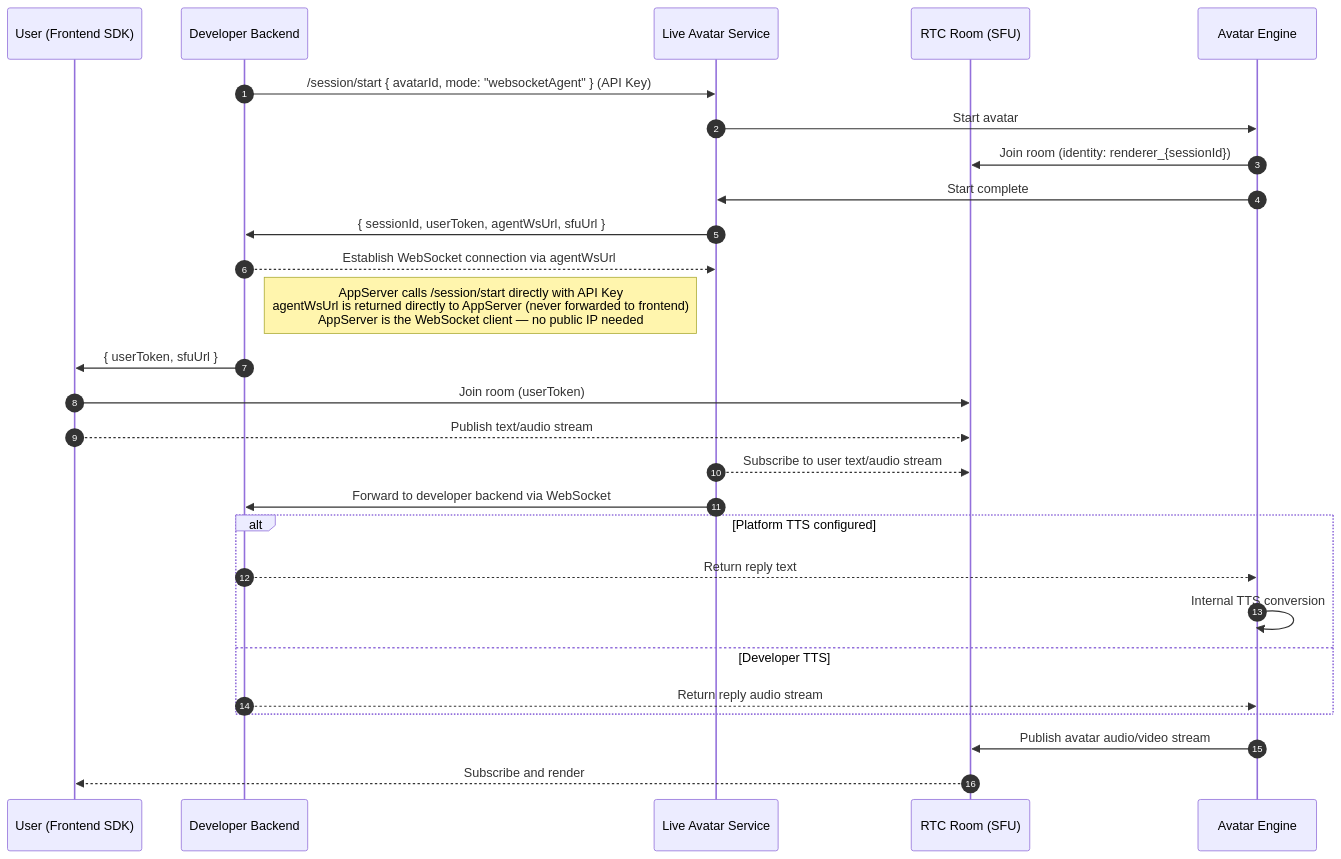
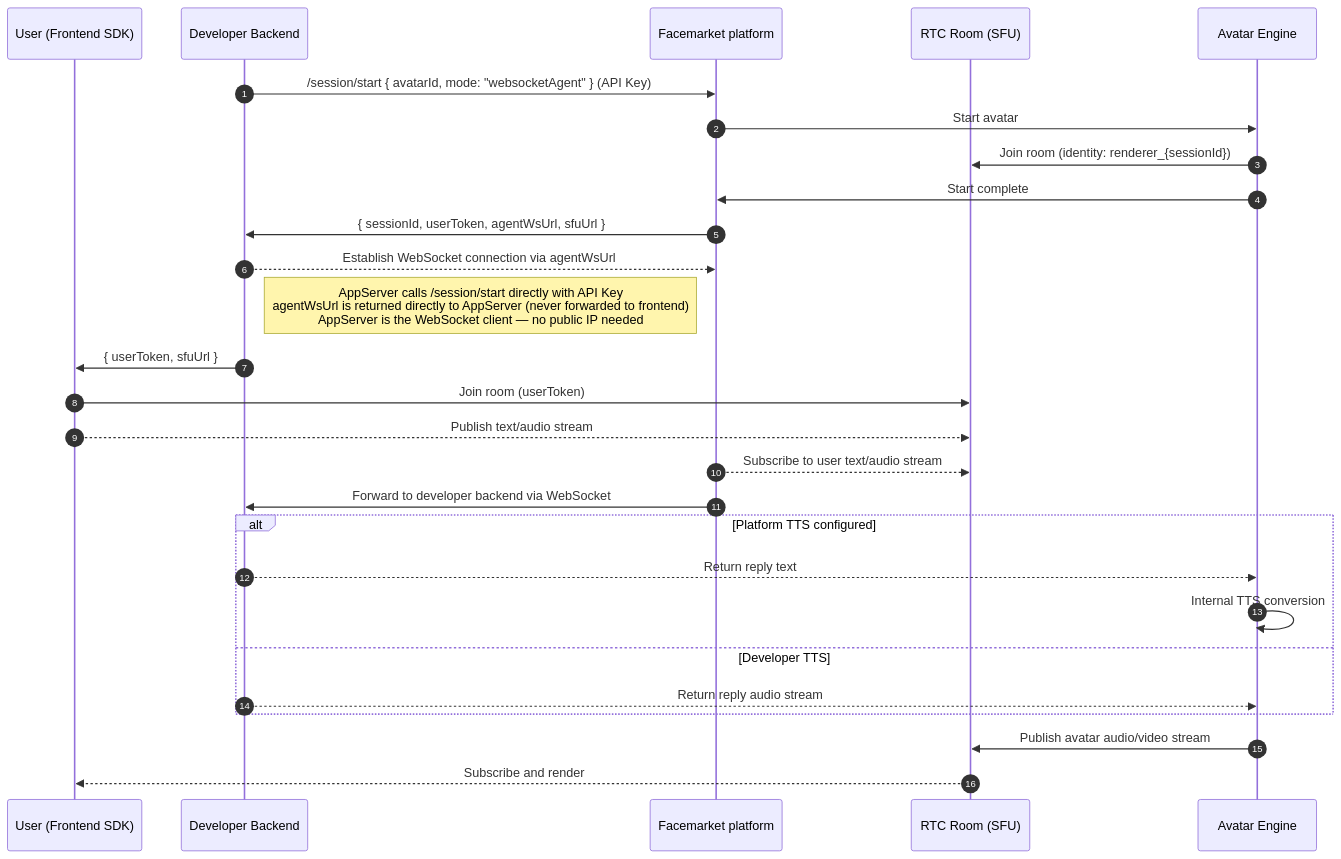
The first of 2 diagrams in PROTOCOL.md (newportAI-lab/liveavatar-integration-guide), drawn with Mermaid before and after one commit. The commit also changed other lines of this file and 7 other files, not shown here.

````diff
--- a/PROTOCOL.md
+++ b/PROTOCOL.md
@@ -78,34 +80,34 @@
 ```mermaid
 sequenceDiagram
     autonumber
     participant User as User (Frontend SDK)
     participant AppServer as Developer Backend
-    participant Platform as Live Avatar Service
+    participant Platform as Facemarket platform
     participant RTC as RTC Room (SFU)
     participant Avatar as Avatar Engine
 
     AppServer->>Platform: /session/start { avatarId, mode: "websocketAgent" } (API Key)
     Platform->>Avatar: Start avatar
     Avatar->>RTC: Join room (identity: renderer_{sessionId})
     Avatar->>Platform: Start complete
     Platform->>AppServer: { sessionId, userToken, agentWsUrl, sfuUrl }
     AppServer-->>Platform: Establish WebSocket connection via agentWsUrl
     Note right of AppServer: AppServer calls /session/start directly with API Key<br/>agentWsUrl is returned directly to AppServer (never forwarded to frontend)<br/>AppServer is the WebSocket client — no public IP needed
     AppServer->>User: { userToken, sfuUrl }
 
     User->>RTC: Join room (userToken)
     User-->>RTC: Publish text/audio stream
 
     Platform-->>RTC: Subscribe to user text/audio stream
     Platform->>AppServer: Forward to developer backend via WebSocket
 
     alt Platform TTS configured
         AppServer-->>Avatar: Return reply text
         Avatar->>Avatar: Internal TTS conversion
     else Developer TTS
         AppServer-->>Avatar: Return reply audio stream
     end
 
     Avatar->>RTC: Publish avatar audio/video stream
     RTC-->>User: Subscribe and render
 ```
````
